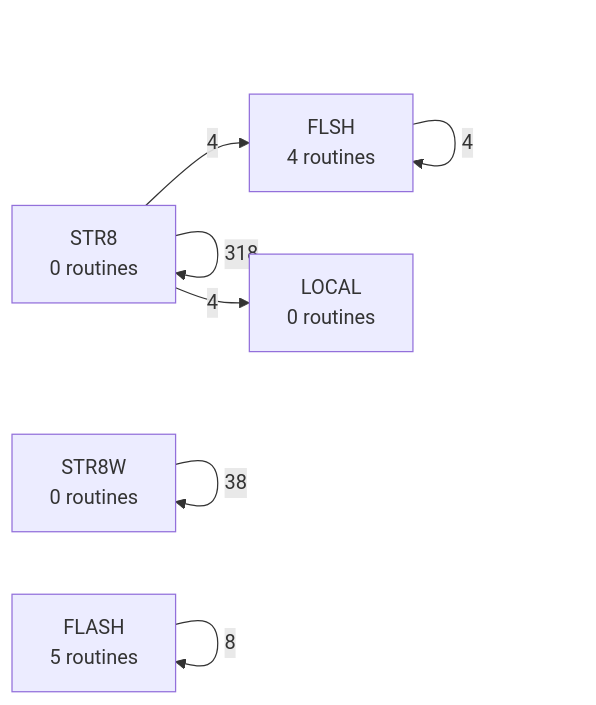
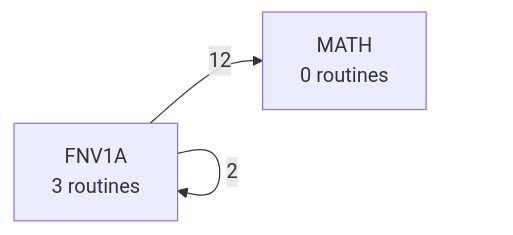
One commit to 95westus/R-YORS changed the sixth of 7 diagrams in DOC/GENERATED/ROUTINE_PREFIX_MAP.md. Above: the diagram before and after it, drawn with Mermaid. The commit also changed other lines of this file and 65 other files, not shown here.

````diff
--- a/DOC/GENERATED/ROUTINE_PREFIX_MAP.md
+++ b/DOC/GENERATED/ROUTINE_PREFIX_MAP.md
@@ -79,9 +88,5 @@
 ```mermaid
 flowchart LR
-    P_STR8["STR8<br/>0 routines"] -->|318| P_STR8["STR8<br/>0 routines"]
-    P_STR8W["STR8W<br/>0 routines"] -->|38| P_STR8W["STR8W<br/>0 routines"]
-    P_FLASH["FLASH<br/>5 routines"] -->|8| P_FLASH["FLASH<br/>5 routines"]
-    P_FLSH["FLSH<br/>4 routines"] -->|4| P_FLSH["FLSH<br/>4 routines"]
-    P_STR8["STR8<br/>0 routines"] -->|4| P_FLSH["FLSH<br/>4 routines"]
-    P_STR8["STR8<br/>0 routines"] -->|4| P_LOCAL["LOCAL<br/>0 routines"]
+    P_FNV1A["FNV1A<br/>3 routines"] -->|12| P_MATH["MATH<br/>0 routines"]
+    P_FNV1A["FNV1A<br/>3 routines"] -->|2| P_FNV1A["FNV1A<br/>3 routines"]
 ```
````
